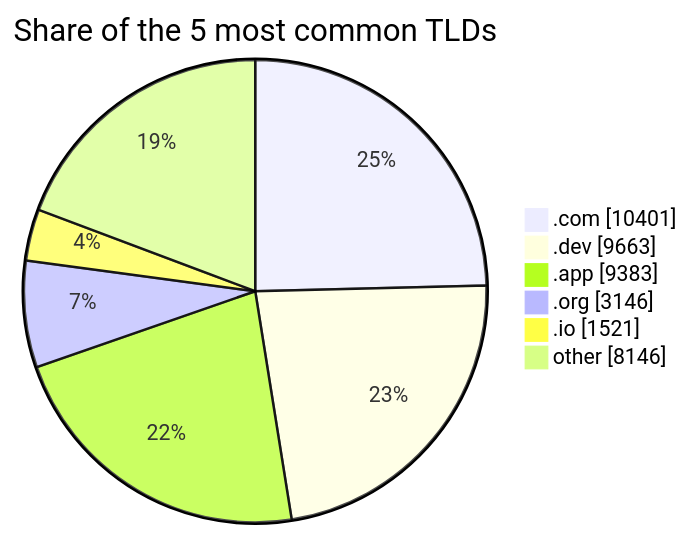
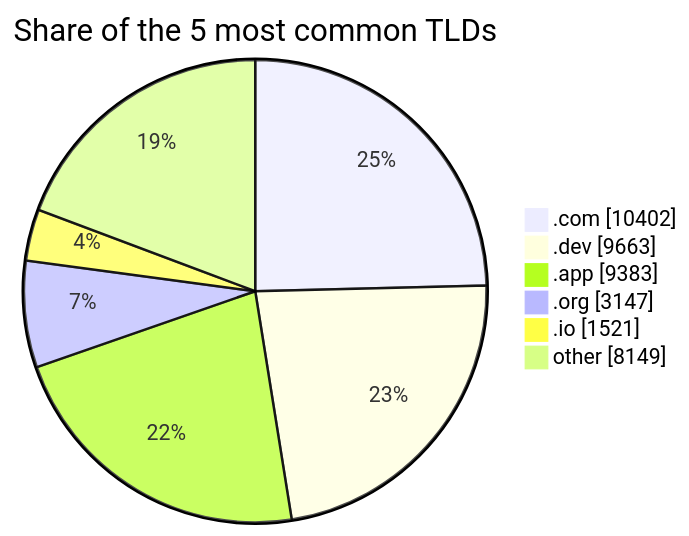
Before and after one commit to DNSBunker/CTI: the third of 3 diagrams in README.md, drawn with Mermaid. The commit also changed other lines of this file and 3 other files, not shown here.

````diff
--- a/README.md
+++ b/README.md
@@ -81,9 +81,9 @@
 ```mermaid
 pie showData title Share of the 5 most common TLDs
-    ".com" : 10401
+    ".com" : 10402
     ".dev" : 9663
     ".app" : 9383
-    ".org" : 3146
+    ".org" : 3147
     ".io" : 1521
-    "other" : 8146
+    "other" : 8149
 ```
````
